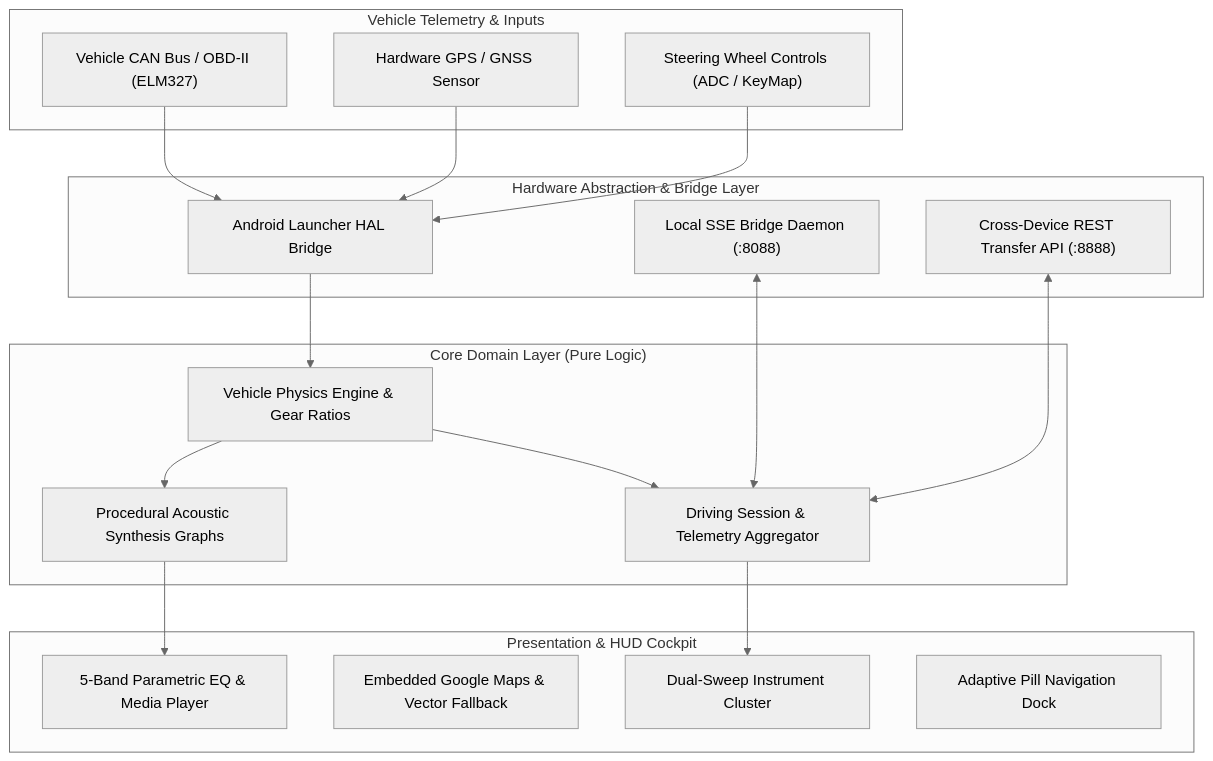
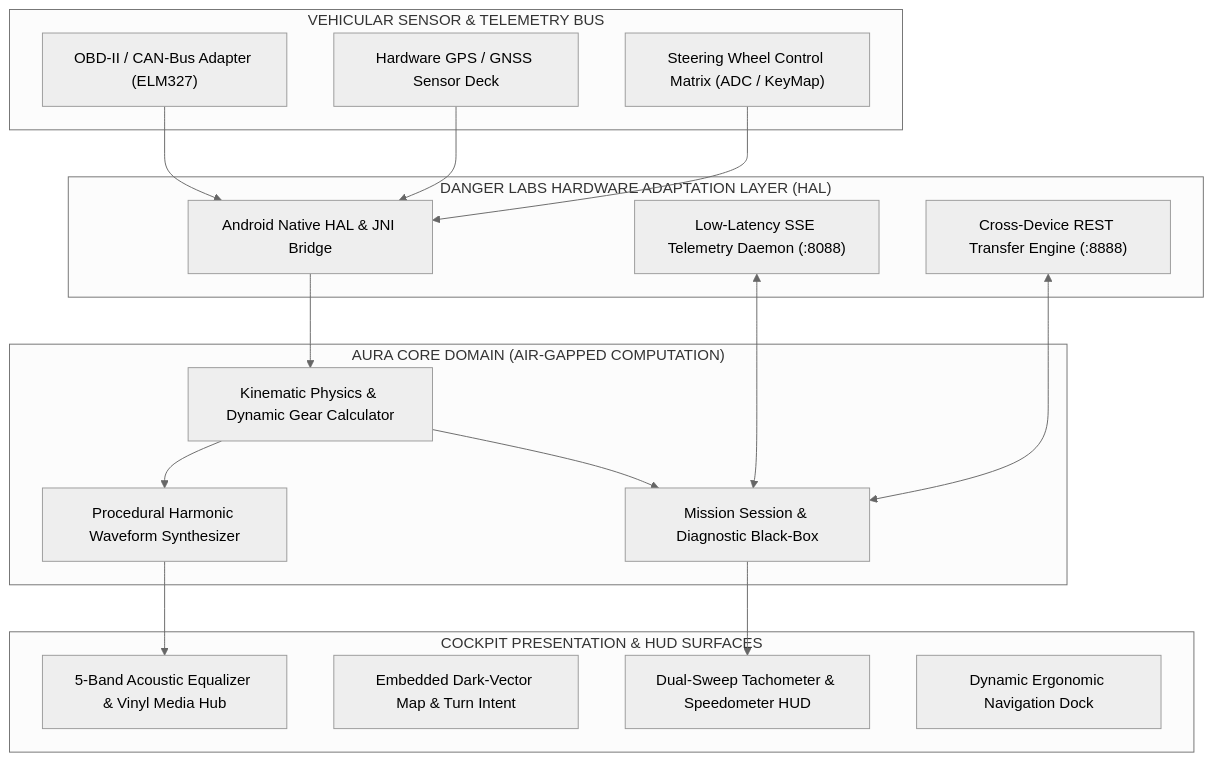
The first of 2 diagrams in README.md (dr-week/CAR-SOUND-CHANGER), drawn with Mermaid (neutral theme) before and after one commit. The commit also changed other lines of this file and 2 other files, not shown here.

Commit message:
docs: establish DANGER LABS enterprise branding with vector logos, architecture schematics, and hardware matrices

````diff
--- a/README.md
+++ b/README.md
@@ -56,38 +48,38 @@
 ```mermaid
 flowchart TB
-    subgraph "Vehicle Telemetry & Inputs"
-        CAN["Vehicle CAN Bus / OBD-II (ELM327)"]
-        GPS["Hardware GPS / GNSS Sensor"]
-        SWC["Steering Wheel Controls (ADC / KeyMap)"]
+    subgraph "VEHICULAR SENSOR & TELEMETRY BUS"
+        OBD["OBD-II / CAN-Bus Adapter (ELM327)"]
+        GNSS["Hardware GPS / GNSS Sensor Deck"]
+        SWC["Steering Wheel Control Matrix (ADC / KeyMap)"]
     end
 
-    subgraph "Hardware Abstraction & Bridge Layer"
-        HAL["Android Launcher HAL Bridge"]
-        NET["Local SSE Bridge Daemon (:8088)"]
-        REST["Cross-Device REST Transfer API (:8888)"]
+    subgraph "DANGER LABS HARDWARE ADAPTATION LAYER (HAL)"
+        HAL_BR["Android Native HAL & JNI Bridge"]
+        SSE_SRV["Low-Latency SSE Telemetry Daemon (:8088)"]
+        REST_SRV["Cross-Device REST Transfer Engine (:8888)"]
     end
 
-    subgraph "Core Domain Layer (Pure Logic)"
-        PHYS["Vehicle Physics Engine & Gear Ratios"]
-        ACOUSTIC["Procedural Acoustic Synthesis Graphs"]
-        SESS["Driving Session & Telemetry Aggregator"]
+    subgraph "AURA CORE DOMAIN (AIR-GAPPED COMPUTATION)"
+        PHYS["Kinematic Physics & Dynamic Gear Calculator"]
+        SYNTH["Procedural Harmonic Waveform Synthesizer"]
+        SESS["Mission Session & Diagnostic Black-Box"]
     end
 
-    subgraph "Presentation & HUD Cockpit"
-        HUD["Dual-Sweep Instrument Cluster"]
-        MAP["Embedded Google Maps & Vector Fallback"]
-        AUDIO["5-Band Parametric EQ & Media Player"]
-        NAV["Adaptive Pill Navigation Dock"]
+    subgraph "COCKPIT PRESENTATION & HUD SURFACES"
+        CLUSTER["Dual-Sweep Tachometer & Speedometer HUD"]
+        MAP_SRV["Embedded Dark-Vector Map & Turn Intent"]
+        DSP_UI["5-Band Acoustic Equalizer & Vinyl Media Hub"]
+        DOCK["Dynamic Ergonomic Navigation Dock"]
     end
 
-    CAN --> HAL
-    GPS --> HAL
-    SWC --> HAL
-    HAL --> PHYS
-    PHYS --> ACOUSTIC
+    OBD --> HAL_BR
+    GNSS --> HAL_BR
+    SWC --> HAL_BR
+    HAL_BR --> PHYS
+    PHYS --> SYNTH
     PHYS --> SESS
-    SESS --> HUD
-    ACOUSTIC --> AUDIO
-    NET <--> SESS
-    REST <--> SESS
+    SESS --> CLUSTER
+    SYNTH --> DSP_UI
+    SSE_SRV <--> SESS
+    REST_SRV <--> SESS
 ```
````
